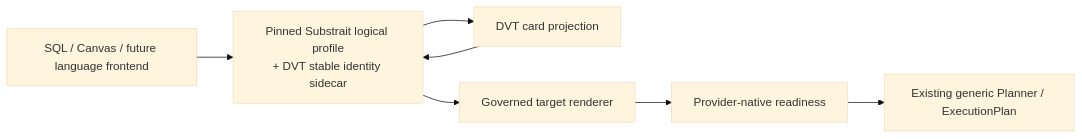
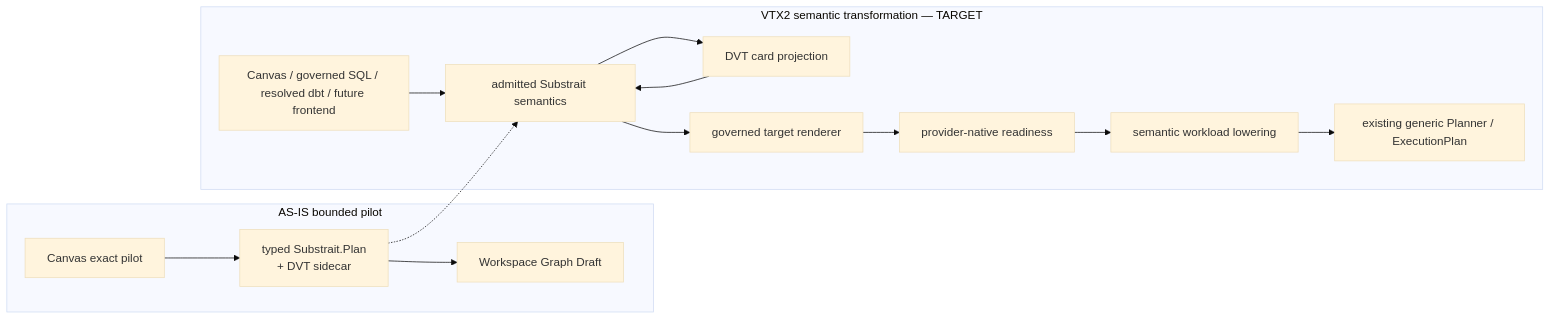
Before and after one commit to dunay2/dvt: the second of 2 diagrams in docs/architecture/system/index.md, drawn with Mermaid (base theme). The commit also changed other lines of this file and 2 other files, not shown here.

Commit message:
docs(architecture): Reconcile current architecture with source and VTX2 pilot (#2687)

````diff
--- a/docs/architecture/system/index.md
+++ b/docs/architecture/system/index.md
@@ -68,16 +91,29 @@
 ```mermaid
 flowchart LR
-  Inputs["SQL / Canvas / future language frontend"]
-  Semantic["Pinned Substrait logical profile\n+ DVT stable identity sidecar"]
-  Card["DVT card projection"]
-  Renderer["Governed target renderer"]
-  Provider["Provider-native readiness"]
-  Planner["Existing generic Planner / ExecutionPlan"]
+  subgraph Current["AS-IS bounded pilot"]
+    CanvasPilot["Canvas exact pilot"]
+    Typed["typed Substrait.Plan\n+ DVT sidecar"]
+    Draft["Workspace Graph Draft"]
+    CanvasPilot --> Typed --> Draft
+  end
 
-  Inputs --> Semantic
-  Semantic --> Card
-  Card --> Semantic
-  Semantic --> Renderer
-  Renderer --> Provider
-  Provider --> Planner
+  subgraph Target["VTX2 semantic transformation — TARGET"]
+    Inputs["Canvas / governed SQL / resolved dbt / future frontend"]
+    Semantic["admitted Substrait semantics"]
+    Card["DVT card projection"]
+    Renderer["governed target renderer"]
+    Provider["provider-native readiness"]
+    Workload["semantic workload lowering"]
+    Planner["existing generic Planner / ExecutionPlan"]
+
+    Inputs --> Semantic
+    Semantic --> Card
+    Card --> Semantic
+    Semantic --> Renderer
+    Renderer --> Provider
+    Provider --> Workload
+    Workload --> Planner
+  end
+
+  Typed -.-> Semantic
 ```
````
